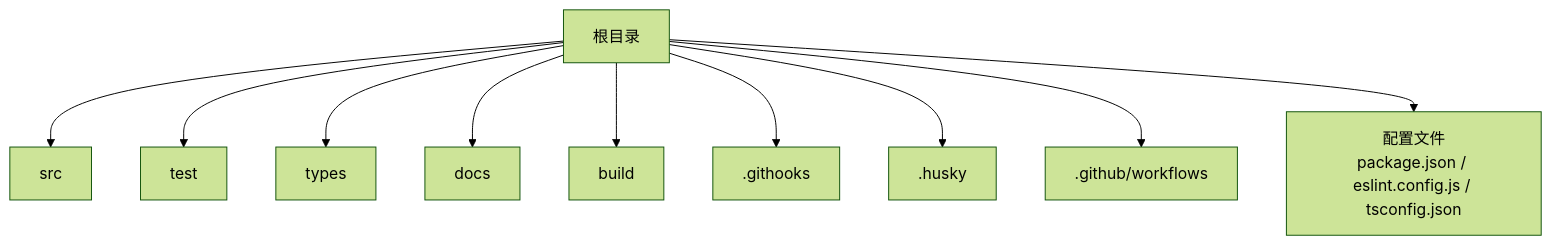
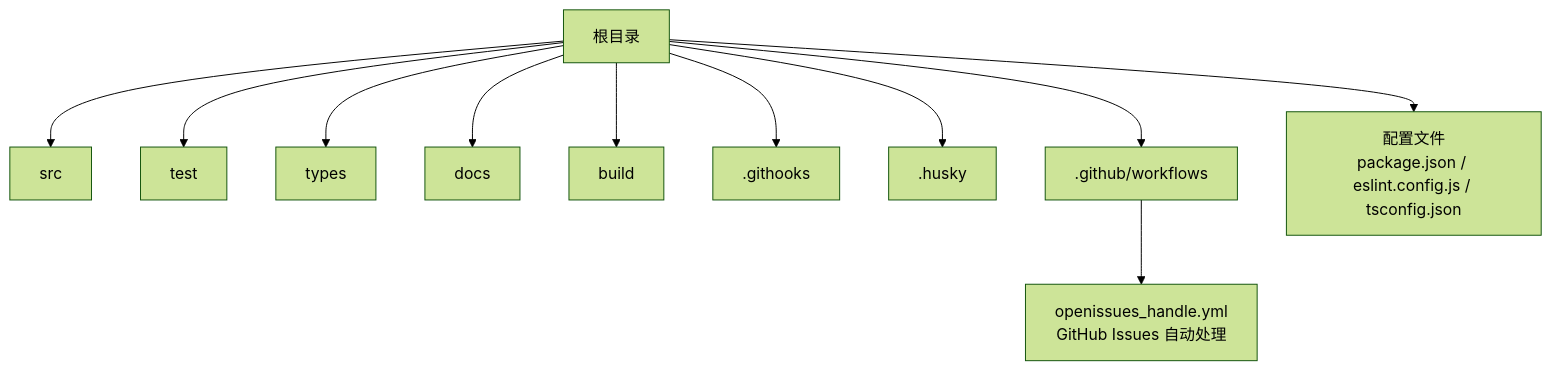
Before and after one commit to astordu/prompt_gogo: the first of 4 diagrams in .qoder/repowiki/zh/content/开发环境搭建.md, drawn with Mermaid (forest theme). The commit also changed other lines of this file and 47 other files, not shown here.

````diff
--- a/.qoder/repowiki/zh/content/开发环境搭建.md
+++ b/.qoder/repowiki/zh/content/开发环境搭建.md
@@ -56,12 +63,13 @@
 ```mermaid
 graph TB
 A["根目录"] --> B["src"]
 A --> C["test"]
 A --> D["types"]
 A --> E["docs"]
 A --> F["build"]
 A --> G[".githooks"]
 A --> H[".husky"]
 A --> I[".github/workflows"]
 A --> J["配置文件<br/>package.json / eslint.config.js / tsconfig.json"]
+I --> K["openissues_handle.yml<br/>GitHub Issues 自动处理"]
 ```
````
